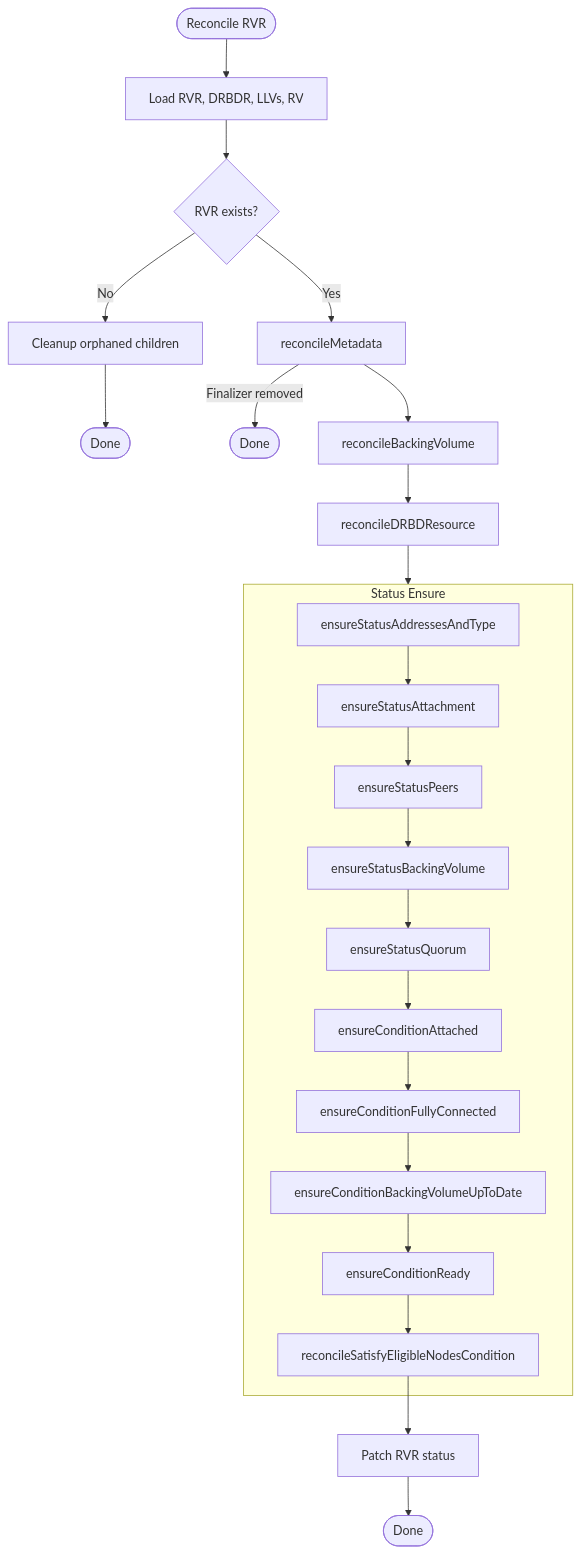
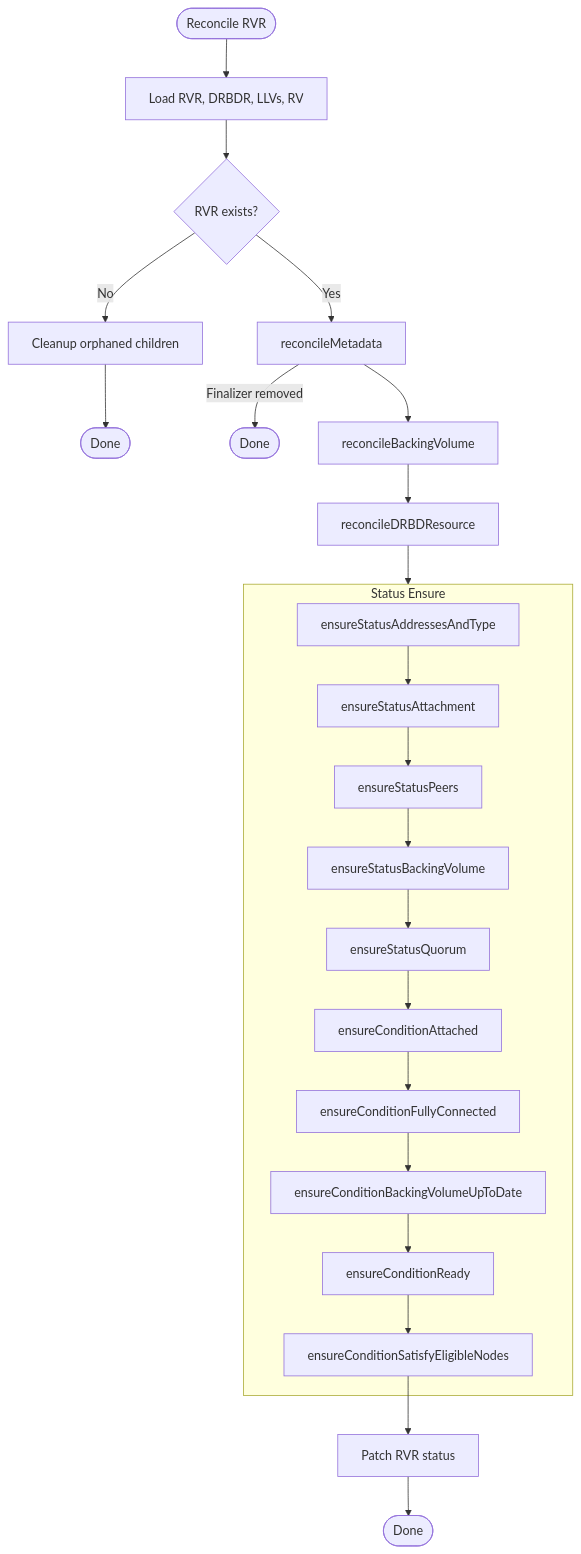
The first of 14 diagrams in images/controller/internal/controllers/rvr_controller/README.md (deckhouse/sds-replicated-volume), drawn with Mermaid before and after one commit. The commit also changed other lines of this file and 2 other files, not shown here.

````diff
--- a/images/controller/internal/controllers/rvr_controller/README.md
+++ b/images/controller/internal/controllers/rvr_controller/README.md
@@ -116,31 +118,31 @@
 ```mermaid
 flowchart TD
     Start([Reconcile RVR]) --> Load[Load RVR, DRBDR, LLVs, RV]
     Load --> CheckExists{RVR exists?}
 
     CheckExists -->|No| Cleanup[Cleanup orphaned children]
     Cleanup --> Done1([Done])
 
     CheckExists -->|Yes| Meta[reconcileMetadata]
     Meta -->|Finalizer removed| Done2([Done])
     Meta --> BV[reconcileBackingVolume]
     BV --> DRBDR[reconcileDRBDResource]
 
     DRBDR --> StatusBlock
 
     subgraph StatusBlock [Status Ensure]
         AddrType[ensureStatusAddressesAndType]
         AddrType --> StatusAttach[ensureStatusAttachment]
         StatusAttach --> Peers[ensureStatusPeers]
         Peers --> BVStatus[ensureStatusBackingVolume]
         BVStatus --> StatusQuorum[ensureStatusQuorum]
         StatusQuorum --> CondAttach[ensureConditionAttached]
         CondAttach --> PeersCond[ensureConditionFullyConnected]
         PeersCond --> BVInSync[ensureConditionBackingVolumeUpToDate]
         BVInSync --> CondReady[ensureConditionReady]
-        CondReady --> SEN[reconcileSatisfyEligibleNodesCondition]
+        CondReady --> SEN[ensureConditionSatisfyEligibleNodes]
     end
 
     SEN --> Patch[Patch RVR status]
     Patch --> EndNode([Done])
 ```
````
